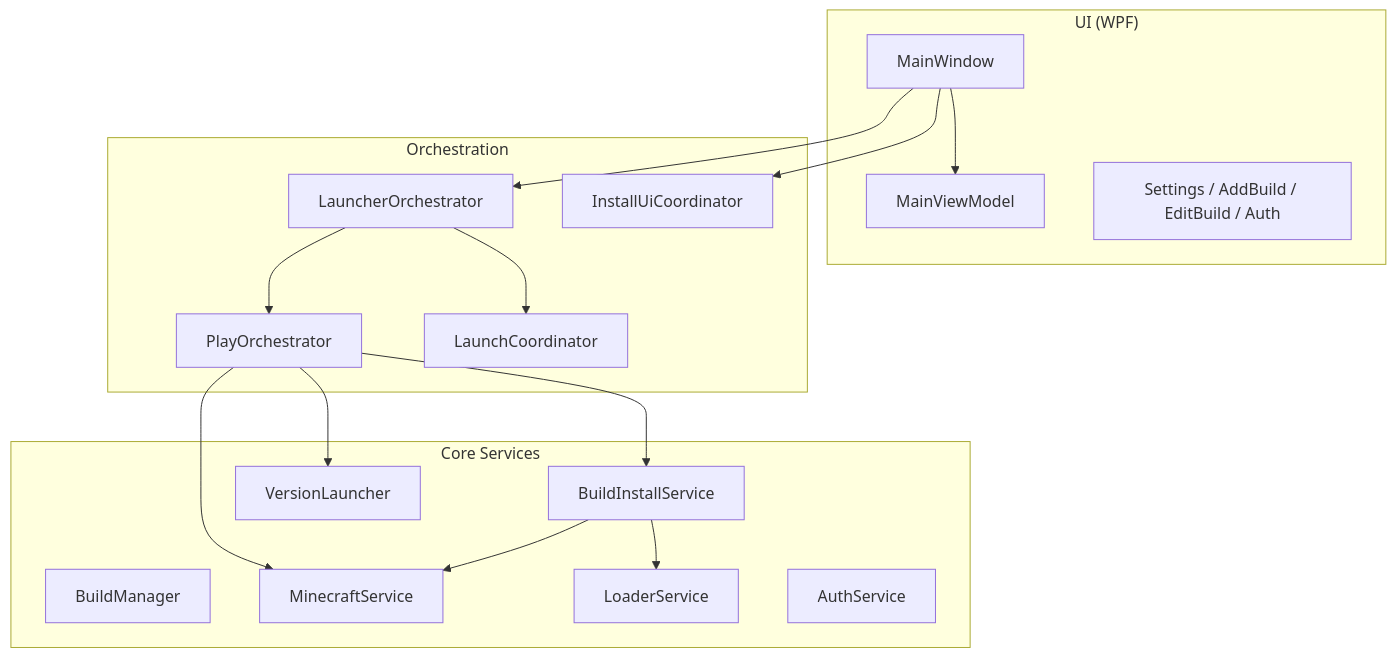
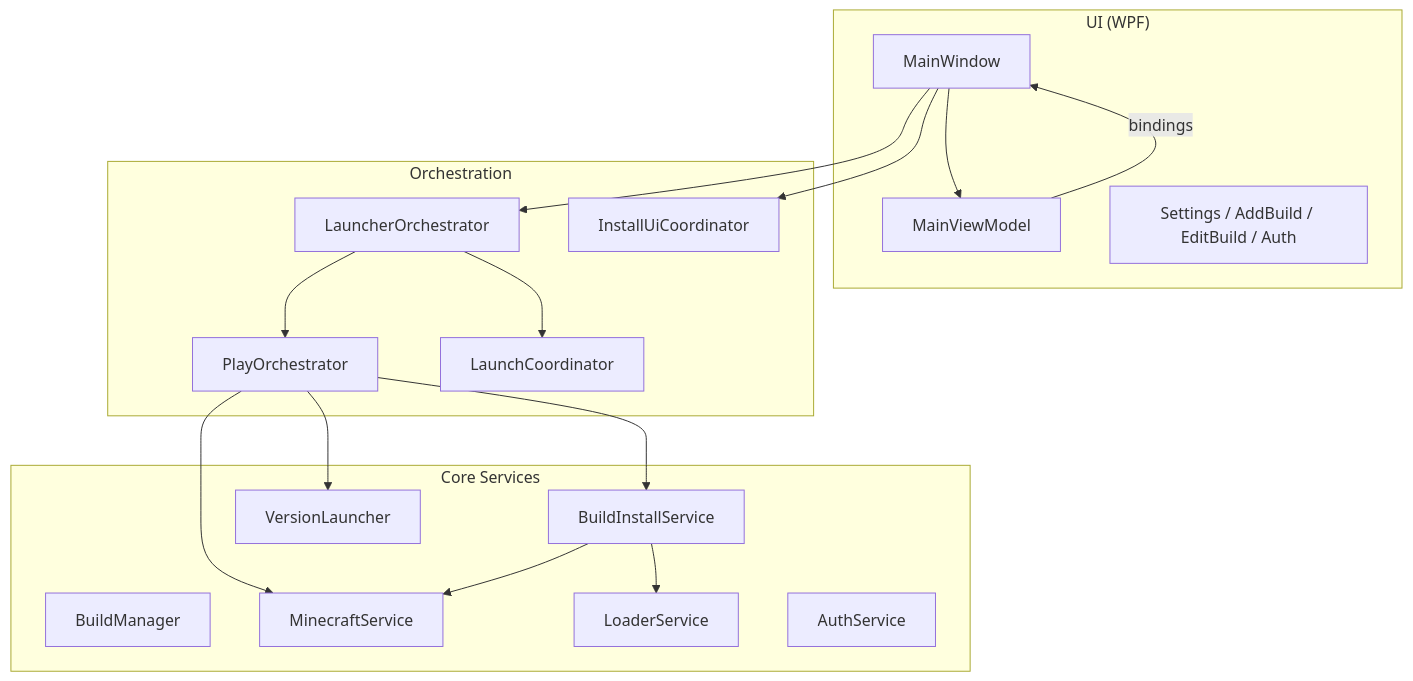
Before and after one commit to Festov/apeiron-launcher: the diagram in ARCHITECTURE.md, drawn with Mermaid. The commit also changed other lines of this file and 15 other files, not shown here.

````diff
--- a/ARCHITECTURE.md
+++ b/ARCHITECTURE.md
@@ -7,35 +7,36 @@
 ```mermaid
 flowchart TB
     subgraph UI["UI (WPF)"]
         MW[MainWindow]
         VM[MainViewModel]
         Dialogs[Settings / AddBuild / EditBuild / Auth]
     end
 
     subgraph Orchestration["Orchestration"]
         LO[LauncherOrchestrator]
         PO[PlayOrchestrator]
         LC[LaunchCoordinator]
         IUC[InstallUiCoordinator]
     end
 
     subgraph Core["Core Services"]
         BM[BuildManager]
         BIS[BuildInstallService]
         MS[MinecraftService]
         LS[LoaderService]
         AS[AuthService]
         VL[VersionLauncher]
     end
 
     MW --> VM
+    VM -->|bindings| MW
     MW --> LO
     LO --> PO
     LO --> LC
     MW --> IUC
     PO --> BIS
     PO --> MS
     PO --> VL
     BIS --> MS
     BIS --> LS
 ```
````
